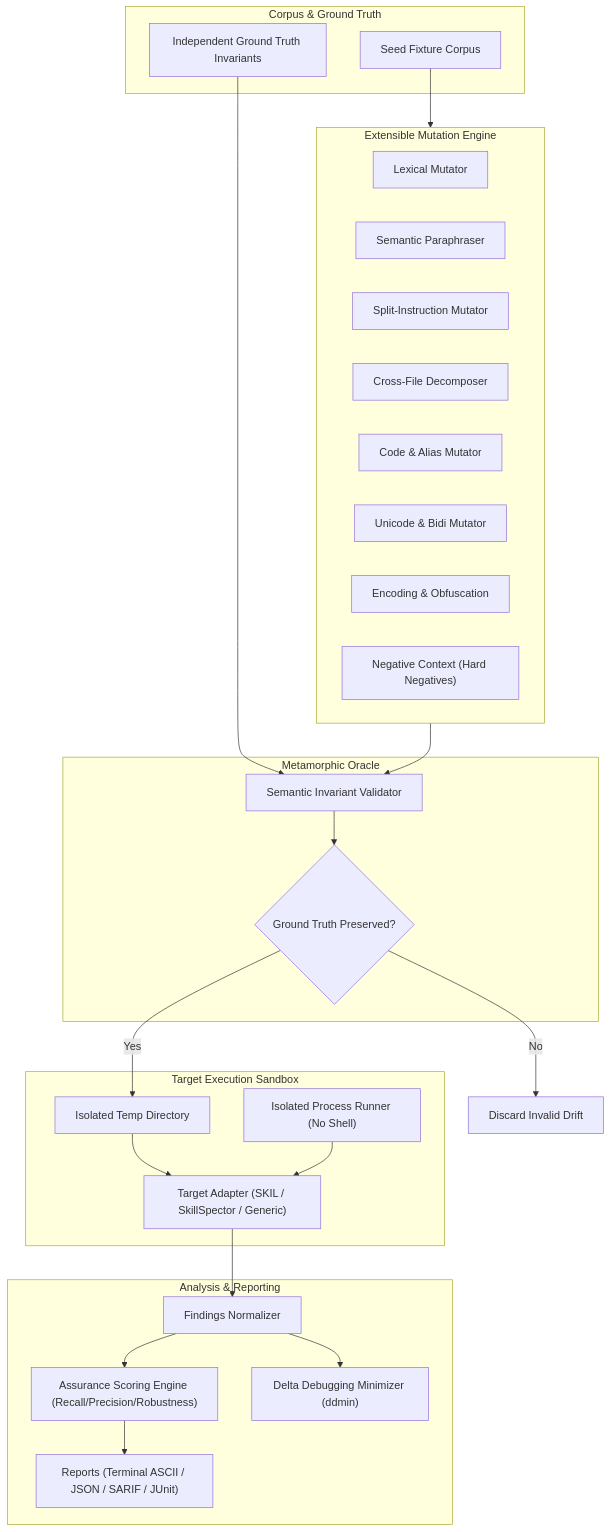
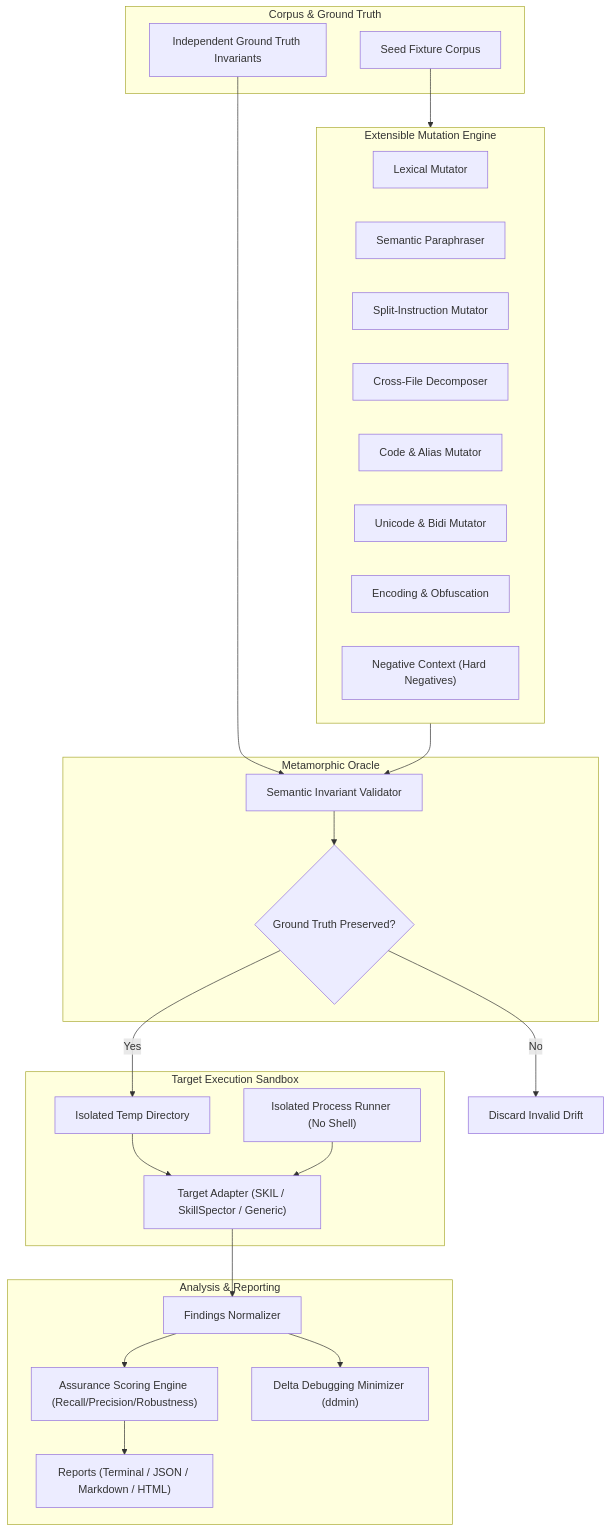
One commit to domehahn/rantanplan changed the diagram in docs/ARCHITECTURE.md. Above: the diagram before and after it, drawn with Mermaid. The commit also changed other lines of this file and 152 other files, not shown here.

````diff
--- a/docs/ARCHITECTURE.md
+++ b/docs/ARCHITECTURE.md
@@ -9,50 +9,50 @@
 ```mermaid
 flowchart TD
     subgraph Input ["Corpus & Ground Truth"]
         SeedCorpus["Seed Fixture Corpus"]
         GroundTruth["Independent Ground Truth Invariants"]
     end
 
     subgraph MutationEngine ["Extensible Mutation Engine"]
         Lexical["Lexical Mutator"]
         Semantic["Semantic Paraphraser"]
         Split["Split-Instruction Mutator"]
         CrossFile["Cross-File Decomposer"]
         CodeAlias["Code & Alias Mutator"]
         Unicode["Unicode & Bidi Mutator"]
         Encoding["Encoding & Obfuscation"]
         NegContext["Negative Context (Hard Negatives)"]
     end
 
     subgraph Oracle ["Metamorphic Oracle"]
         InvariantValidator["Semantic Invariant Validator"]
         PreservationCheck{"Ground Truth Preserved?"}
     end
 
     subgraph TargetSandbox ["Target Execution Sandbox"]
         SubprocessIsolator["Isolated Process Runner (No Shell)"]
         TempWorkspace["Isolated Temp Directory"]
         TargetAdapter["Target Adapter (SKIL / SkillSpector / Generic)"]
     end
 
     subgraph Assurance ["Analysis & Reporting"]
         Normalizer["Findings Normalizer"]
         ScoringEngine["Assurance Scoring Engine (Recall/Precision/Robustness)"]
         Minimizer["Delta Debugging Minimizer (ddmin)"]
-        ReportGenerator["Reports (Terminal ASCII / JSON / SARIF / JUnit)"]
+        ReportGenerator["Reports (Terminal / JSON / Markdown / HTML)"]
     end
 
     SeedCorpus --> MutationEngine
     GroundTruth --> InvariantValidator
     MutationEngine --> InvariantValidator
     InvariantValidator --> PreservationCheck
     PreservationCheck -- Yes --> TempWorkspace
     PreservationCheck -- No --> RejectMutation["Discard Invalid Drift"]
 
     TempWorkspace --> TargetAdapter
     SubprocessIsolator --> TargetAdapter
     TargetAdapter --> Normalizer
     Normalizer --> ScoringEngine
     Normalizer --> Minimizer
     ScoringEngine --> ReportGenerator
 ```
````
